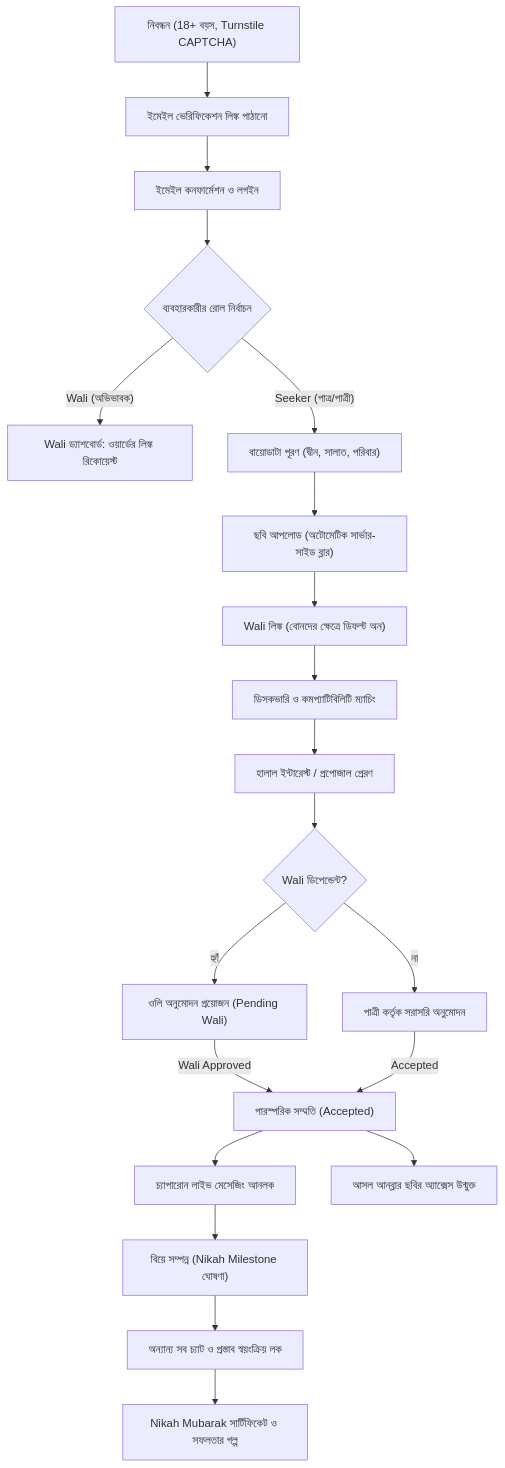
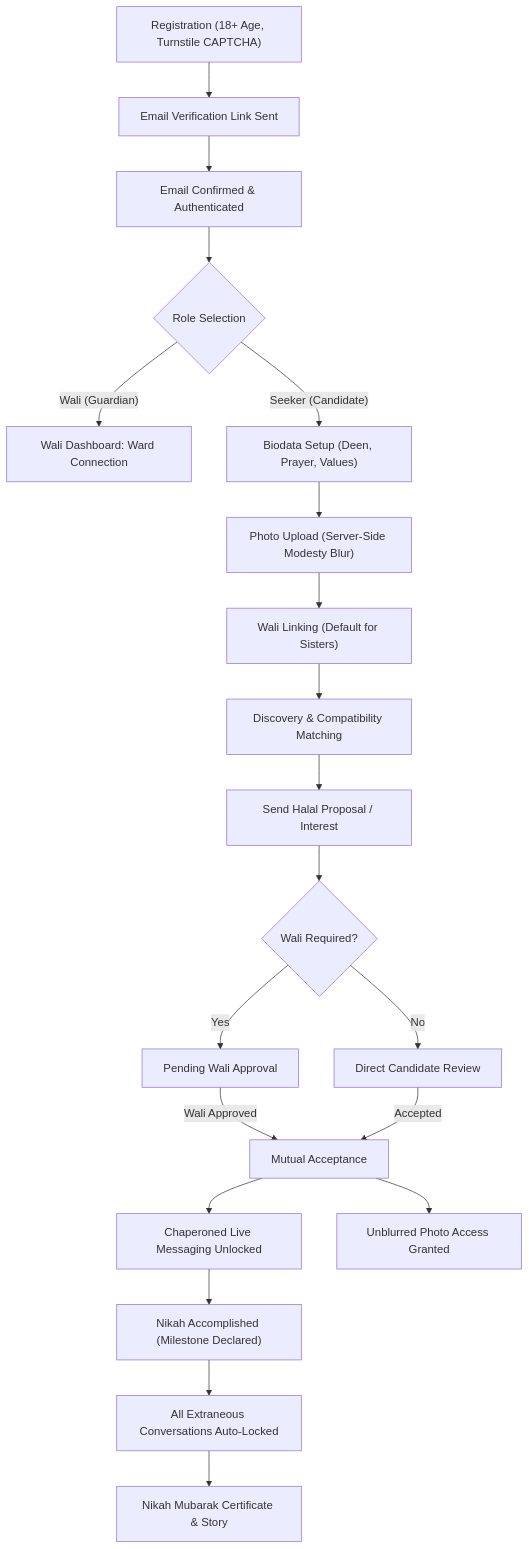
Before and after one commit to alifredowan/Global-Nikkah: the first of 2 diagrams in SYSTEM_DOCUMENTATION.md, drawn with Mermaid. The commit also changed other lines of this file and 63 other files, not shown here.

````diff
--- a/SYSTEM_DOCUMENTATION.md
+++ b/SYSTEM_DOCUMENTATION.md
@@ -84,22 +84,22 @@
 ```mermaid
 flowchart TD
-    A["নিবন্ধন (18+ বয়স, Turnstile CAPTCHA)"] --> B["ইমেইল ভেরিফিকেশন লিঙ্ক পাঠানো"]
-    B --> C["ইমেইল কনফার্মেশন ও লগইন"]
-    C --> D{"ব্যবহারকারীর রোল নির্বাচন"}
-    D -->|"Wali (অভিভাবক)"| E["Wali ড্যাশবোর্ড: ওয়ার্ডের লিঙ্ক রিকোয়েস্ট"]
-    D -->|"Seeker (পাত্র/পাত্রী)"| F["বায়োডাটা পূরণ (দ্বীন, সালাত, পরিবার)"]
-    F --> G["ছবি আপলোড (অটোমেটিক সার্ভার-সাইড ব্লার)"]
-    G --> H["Wali লিঙ্ক (বোনদের ক্ষেত্রে ডিফল্ট অন)"]
-    H --> I["ডিসকভারি ও কমপ্যাটিবিলিটি ম্যাচিং"]
-    I --> J["হালাল ইন্টারেস্ট / প্রপোজাল প্রেরণ"]
-    J --> K{"Wali ডিপেন্ডেন্ট?"}
-    K -->|"হ্যাঁ"| L["ওলি অনুমোদন প্রয়োজন (Pending Wali)"]
-    K -->|"না"| M["পাত্রী কর্তৃক সরাসরি অনুমোদন"]
-    L -->|"Wali Approved"| N["পারস্পরিক সম্মতি (Accepted)"]
+    A["Registration (18+ Age, Turnstile CAPTCHA)"] --> B["Email Verification Link Sent"]
+    B --> C["Email Confirmed & Authenticated"]
+    C --> D{"Role Selection"}
+    D -->|"Wali (Guardian)"| E["Wali Dashboard: Ward Connection"]
+    D -->|"Seeker (Candidate)"| F["Biodata Setup (Deen, Prayer, Values)"]
+    F --> G["Photo Upload (Server-Side Modesty Blur)"]
+    G --> H["Wali Linking (Default for Sisters)"]
+    H --> I["Discovery & Compatibility Matching"]
+    I --> J["Send Halal Proposal / Interest"]
+    J --> K{"Wali Required?"}
+    K -->|"Yes"| L["Pending Wali Approval"]
+    K -->|"No"| M["Direct Candidate Review"]
+    L -->|"Wali Approved"| N["Mutual Acceptance"]
     M -->|"Accepted"| N
-    N --> O["চ্যাপারোন লাইভ মেসেজিং আনলক"]
-    N --> P["আসল আনব্লার ছবির অ্যাক্সেস উন্মুক্ত"]
-    O --> Q["বিয়ে সম্পন্ন (Nikah Milestone ঘোষণা)"]
-    Q --> R["অন্যান্য সব চ্যাট ও প্রস্তাব স্বয়ংক্রিয় লক"]
-    R --> S["Nikah Mubarak সার্টিফিকেট ও সফলতার গল্প"]
+    N --> O["Chaperoned Live Messaging Unlocked"]
+    N --> P["Unblurred Photo Access Granted"]
+    O --> Q["Nikah Accomplished (Milestone Declared)"]
+    Q --> R["All Extraneous Conversations Auto-Locked"]
+    R --> S["Nikah Mubarak Certificate & Story"]
 ```
````
